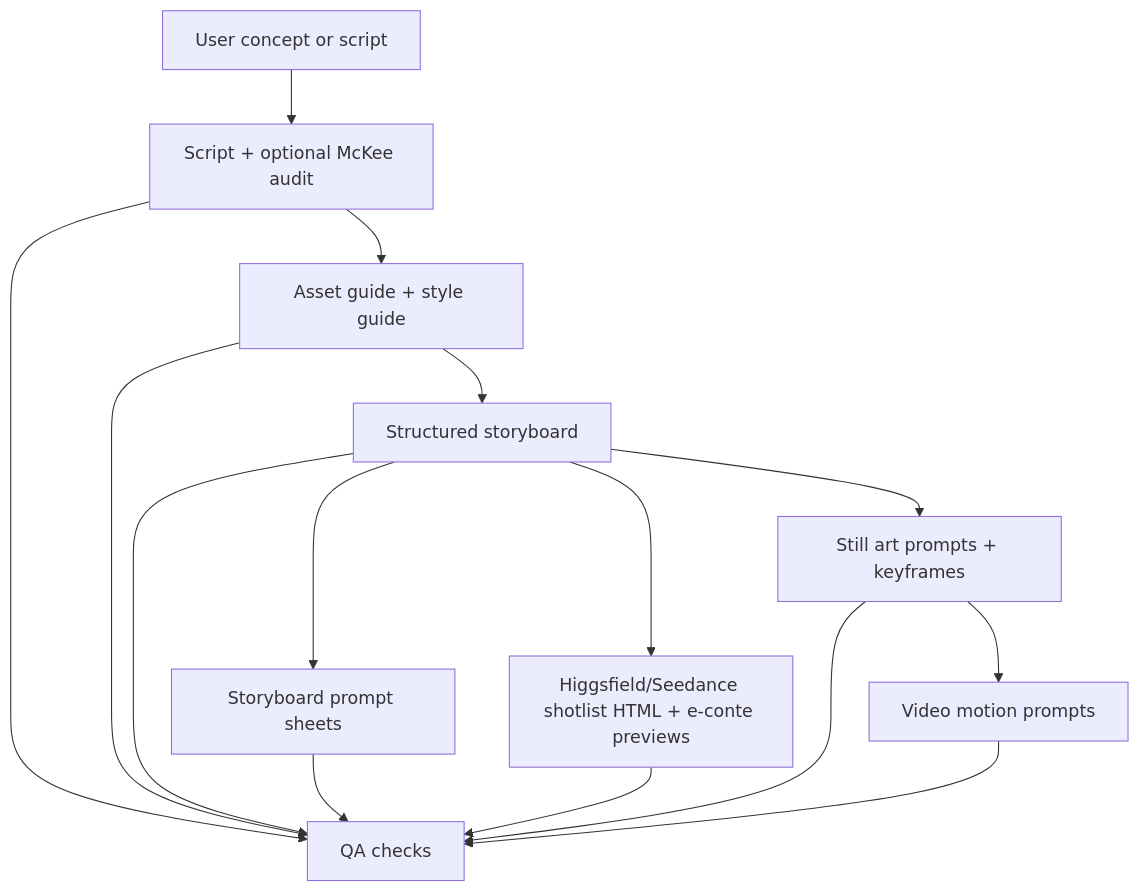
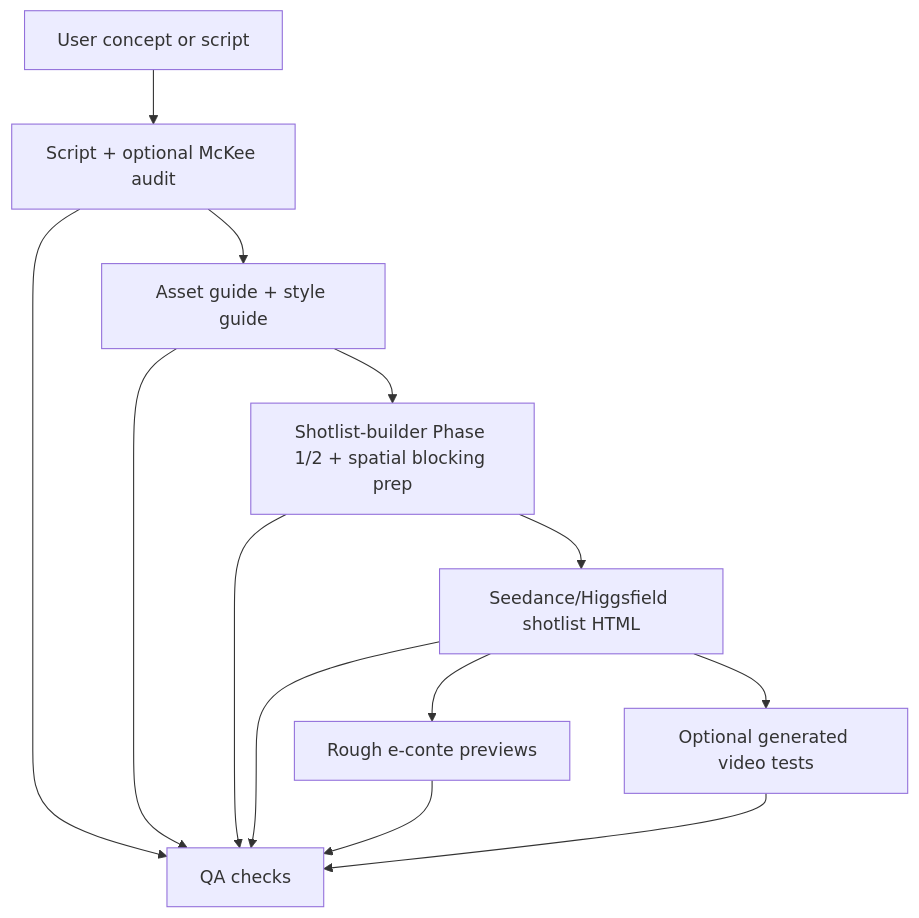
The diagram in CODEX_REVIEW.md (Leduc10492/my-ai-video-agent), drawn with Mermaid before and after one commit. The commit also changed other lines of this file and 61 other files, not shown here.

````diff
--- a/CODEX_REVIEW.md
+++ b/CODEX_REVIEW.md
@@ -25,17 +25,15 @@
 ```mermaid
 flowchart TD
     A["User concept or script"] --> B["Script + optional McKee audit"]
     B --> C["Asset guide + style guide"]
-    C --> D["Structured storyboard"]
-    D --> E["Storyboard prompt sheets"]
-    D --> S["Higgsfield/Seedance shotlist HTML + e-conte previews"]
-    D --> F["Still art prompts + keyframes"]
-    F --> G["Video motion prompts"]
+    C --> D["Shotlist-builder Phase 1/2 + spatial blocking prep"]
+    D --> E["Seedance/Higgsfield shotlist HTML"]
+    E --> F["Rough e-conte previews"]
+    E --> G["Optional generated video tests"]
     B --> H["QA checks"]
     C --> H
     D --> H
     E --> H
-    S --> H
     F --> H
     G --> H
 ```
````
